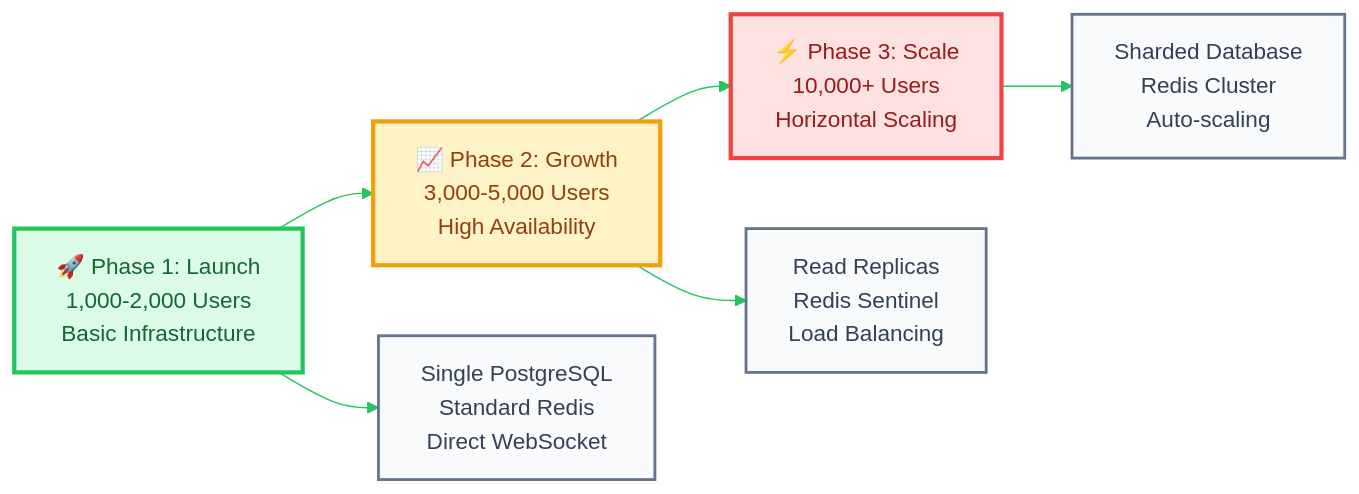
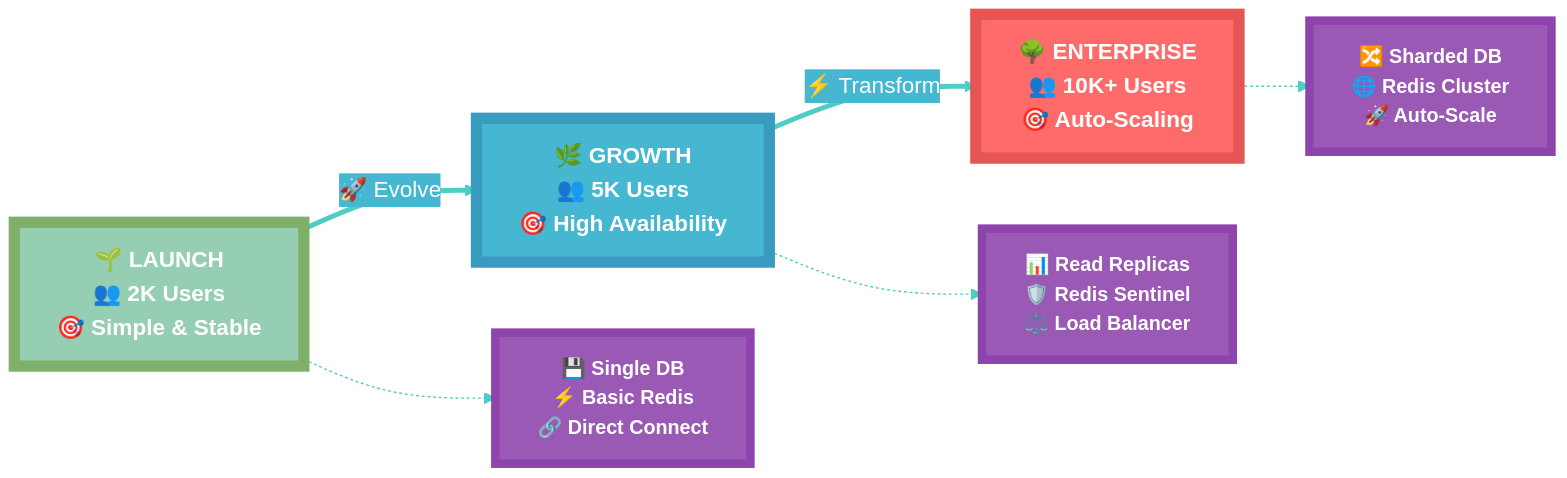
One commit to abdoElHodaky/transportapp changed the first of 4 diagrams in docs/SCALING_ARCHITECTURE.md. Above: the diagram before and after it, drawn with Mermaid. The commit also changed other lines of this file and 2 other files, not shown here.

````diff
--- a/docs/SCALING_ARCHITECTURE.md
+++ b/docs/SCALING_ARCHITECTURE.md
@@ -31,33 +31,45 @@
 ```mermaid
 %%{init: {
   'theme': 'base',
   'themeVariables': {
-    'primaryColor': '#22c55e',
+    'background': 'transparent',
+    'primaryColor': '#FF6B6B',
     'primaryTextColor': '#ffffff',
-    'primaryBorderColor': '#16a34a',
-    'lineColor': '#22c55e',
-    'secondaryColor': '#f59e0b',
-    'tertiaryColor': '#ef4444',
-    'background': '#ffffff',
-    'mainBkg': '#22c55e',
-    'secondBkg': '#f59e0b',
-    'tertiaryBkg': '#ef4444'
+    'primaryBorderColor': '#E55555',
+    'lineColor': '#4ECDC4',
+    'secondaryColor': '#45B7D1',
+    'tertiaryColor': '#96CEB4'
   }
 }}%%
 graph LR
-    A["🚀 Phase 1: Launch<br/>1,000-2,000 Users<br/>Basic Infrastructure"] --> B["📈 Phase 2: Growth<br/>3,000-5,000 Users<br/>High Availability"] --> C["⚡ Phase 3: Scale<br/>10,000+ Users<br/>Horizontal Scaling"]
+    %% Eye-catching phase progression
+    LAUNCH["🌱 LAUNCH<br/>👥 2K Users<br/>🎯 Simple & Stable"]
     
-    A --> A1["Single PostgreSQL<br/>Standard Redis<br/>Direct WebSocket"]
-    B --> B1["Read Replicas<br/>Redis Sentinel<br/>Load Balancing"]
-    C --> C1["Sharded Database<br/>Redis Cluster<br/>Auto-scaling"]
+    GROWTH["🌿 GROWTH<br/>👥 5K Users<br/>🎯 High Availability"]
     
-    classDef phase1 fill:#dcfce7,stroke:#22c55e,stroke-width:3px,color:#166534
-    classDef phase2 fill:#fef3c7,stroke:#f59e0b,stroke-width:3px,color:#92400e
-    classDef phase3 fill:#fee2e2,stroke:#ef4444,stroke-width:3px,color:#991b1b
-    classDef config fill:#f8fafc,stroke:#64748b,stroke-width:2px,color:#334155
+    SCALE["🌳 ENTERPRISE<br/>👥 10K+ Users<br/>🎯 Auto-Scaling"]
     
-    class A phase1
-    class B phase2
-    class C phase3
-    class A1,B1,C1 config
+    %% Infrastructure details
+    LAUNCH_TECH["💾 Single DB<br/>⚡ Basic Redis<br/>🔗 Direct Connect"]
+    GROWTH_TECH["📊 Read Replicas<br/>🛡️ Redis Sentinel<br/>⚖️ Load Balancer"]
+    SCALE_TECH["🔀 Sharded DB<br/>🌐 Redis Cluster<br/>🚀 Auto-Scale"]
+    
+    %% Eye-catching connections
+    LAUNCH ==>|"🚀 Evolve"| GROWTH
+    GROWTH ==>|"⚡ Transform"| SCALE
+    
+    LAUNCH -.-> LAUNCH_TECH
+    GROWTH -.-> GROWTH_TECH
+    SCALE -.-> SCALE_TECH
+    
+    %% Distinguished Eye-catching Styling
+    classDef launch fill:#96CEB4,stroke:#7FB069,stroke-width:8px,color:#ffffff,font-weight:bold,font-size:16px
+    classDef growth fill:#45B7D1,stroke:#3A9BC1,stroke-width:8px,color:#ffffff,font-weight:bold,font-size:16px
+    classDef scale fill:#FF6B6B,stroke:#E55555,stroke-width:8px,color:#ffffff,font-weight:bold,font-size:16px
+    classDef tech fill:#9B59B6,stroke:#8E44AD,stroke-width:6px,color:#ffffff,font-weight:bold,font-size:14px
+    
+    class LAUNCH launch
+    class GROWTH growth
+    class SCALE scale
+    class LAUNCH_TECH,GROWTH_TECH,SCALE_TECH tech
 ```
````
